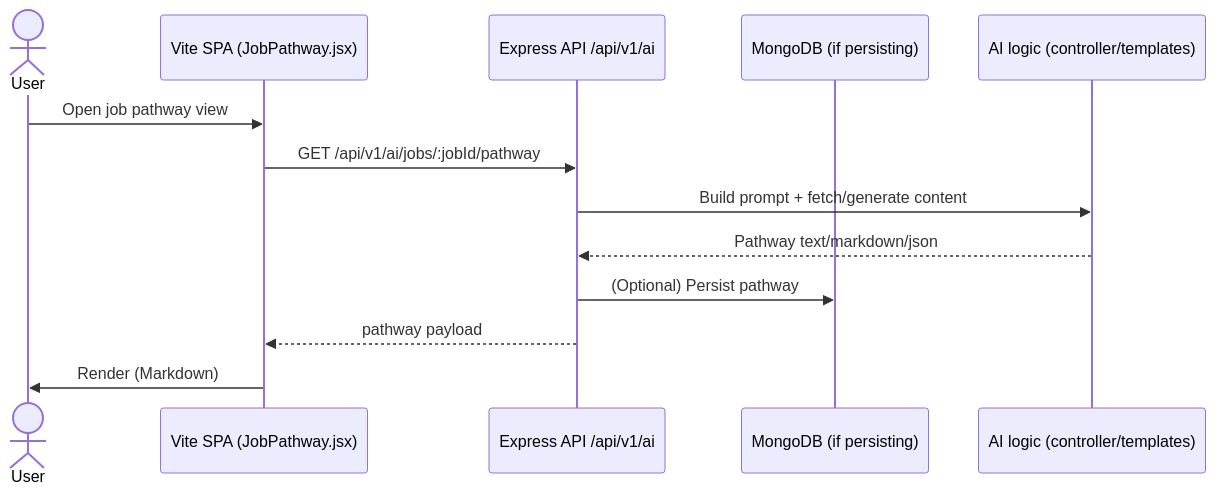
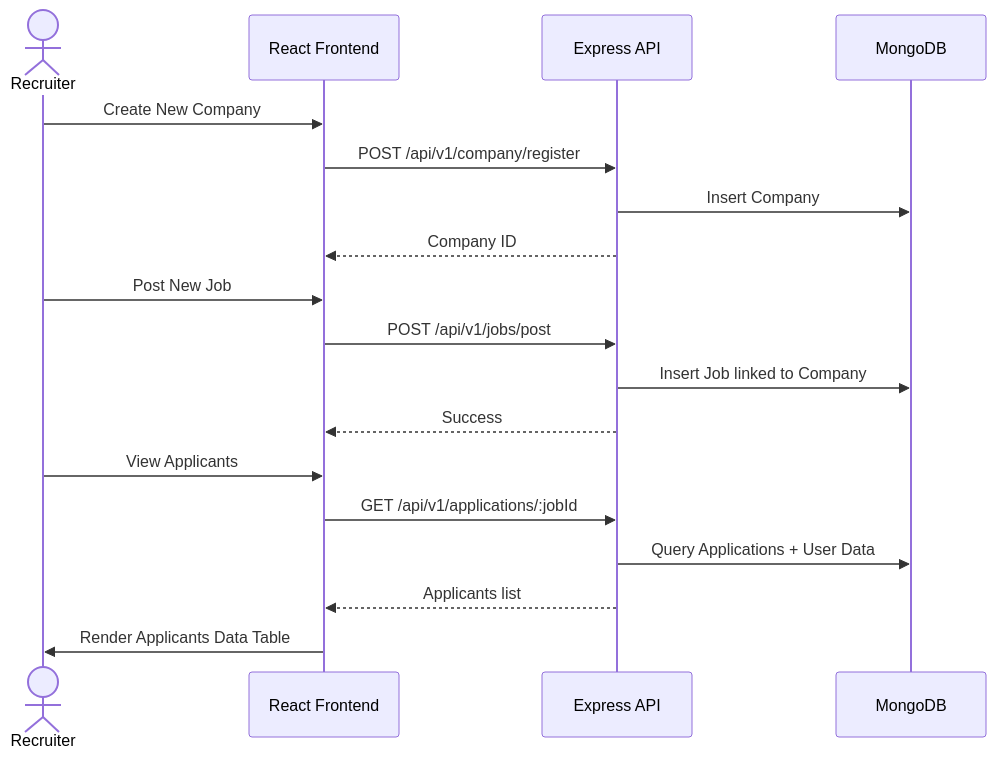
Before and after one commit to pavan800869/CareerLens: the third of 4 diagrams in README.md, drawn with Mermaid. The commit also changed other lines of this file and 4 other files, not shown here.

Commit message:
Made changes in read me, user controller and user routes

````diff
--- a/README.md
+++ b/README.md
@@ -128,16 +77,23 @@
 ```mermaid
 sequenceDiagram
-  actor User
-  participant SPA as Vite SPA (JobPathway.jsx)
-  participant API as Express API /api/v1/ai
-  participant BDB as MongoDB (if persisting)
-  participant LLM as AI logic (controller/templates)
+  actor Recruiter
+  participant SPA as React Frontend
+  participant API as Express API
+  participant DB as MongoDB
 
-  User->>SPA: Open job pathway view
-  SPA->>API: GET /api/v1/ai/jobs/:jobId/pathway
-  API->>LLM: Build prompt + fetch/generate content
-  LLM-->>API: Pathway text/markdown/json
-  API->>BDB: (Optional) Persist pathway
-  API-->>SPA: pathway payload
-  SPA->>User: Render (Markdown)
+  Recruiter->>SPA: Create New Company
+  SPA->>API: POST /api/v1/company/register
+  API->>DB: Insert Company
+  API-->>SPA: Company ID
+  
+  Recruiter->>SPA: Post New Job
+  SPA->>API: POST /api/v1/jobs/post
+  API->>DB: Insert Job linked to Company
+  API-->>SPA: Success
+  
+  Recruiter->>SPA: View Applicants
+  SPA->>API: GET /api/v1/applications/:jobId
+  API->>DB: Query Applications + User Data
+  API-->>SPA: Applicants list
+  SPA->>Recruiter: Render Applicants Data Table
 ```
````
